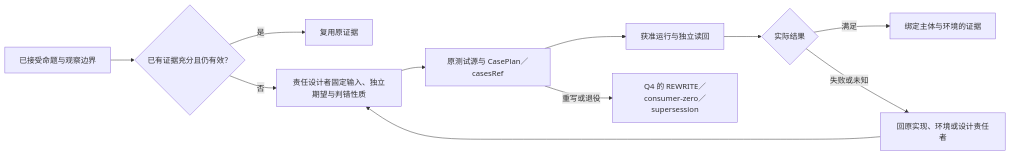
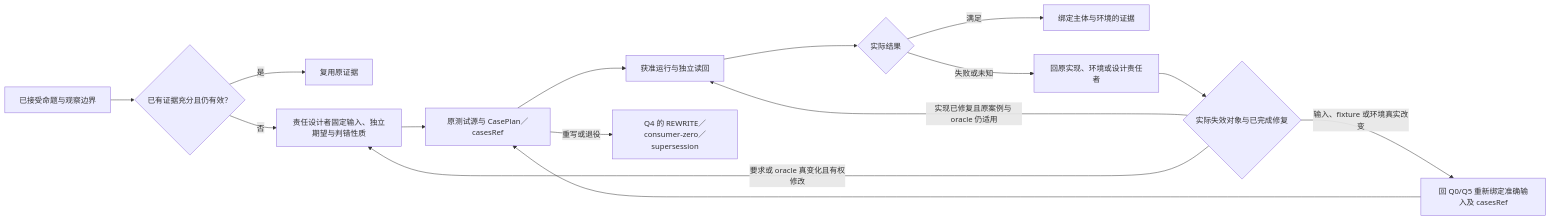
The diagram in docs/开发/测试发现与执行.md (sec-platform/sec), drawn with Mermaid before and after one commit. The commit also changed 122 other files, not shown here.

First line of the commit message:
docs: unify system diagrams and remove redundant design text (#882)

````diff
--- a/docs/开发/测试发现与执行.md
+++ b/docs/开发/测试发现与执行.md
@@ -44,13 +44,17 @@
 ```mermaid
 flowchart LR
   Claim["已接受命题与观察边界"] --> Coverage{"已有证据充分且仍有效？"}
   Coverage -->|是| Reuse["复用原证据"]
   Coverage -->|否| Design["责任设计者固定输入、独立期望与判错性质"]
   Design --> Cases["原测试源与 CasePlan／casesRef"]
   Cases --> Run["获准运行与独立读回"]
   Run --> Result{"实际结果"}
   Result -->|满足| Evidence["绑定主体与环境的证据"]
   Result -->|失败或未知| Repair["回原实现、环境或设计责任者"]
-  Repair --> Design
+  Repair --> kind{"实际失效对象与已完成修复"}
+  kind -->|实现已修复且原案例与 oracle 仍适用| Run
+  kind -->|输入、fixture 或环境真实改变| Rebind["回 Q0/Q5 重新绑定准确输入及 casesRef"]
+  Rebind --> Cases
+  kind -->|要求或 oracle 真变化且有权修改| Design
   Cases -->|重写或退役| Retire["Q4 的 REWRITE／consumer-zero／supersession"]
 ```
````
